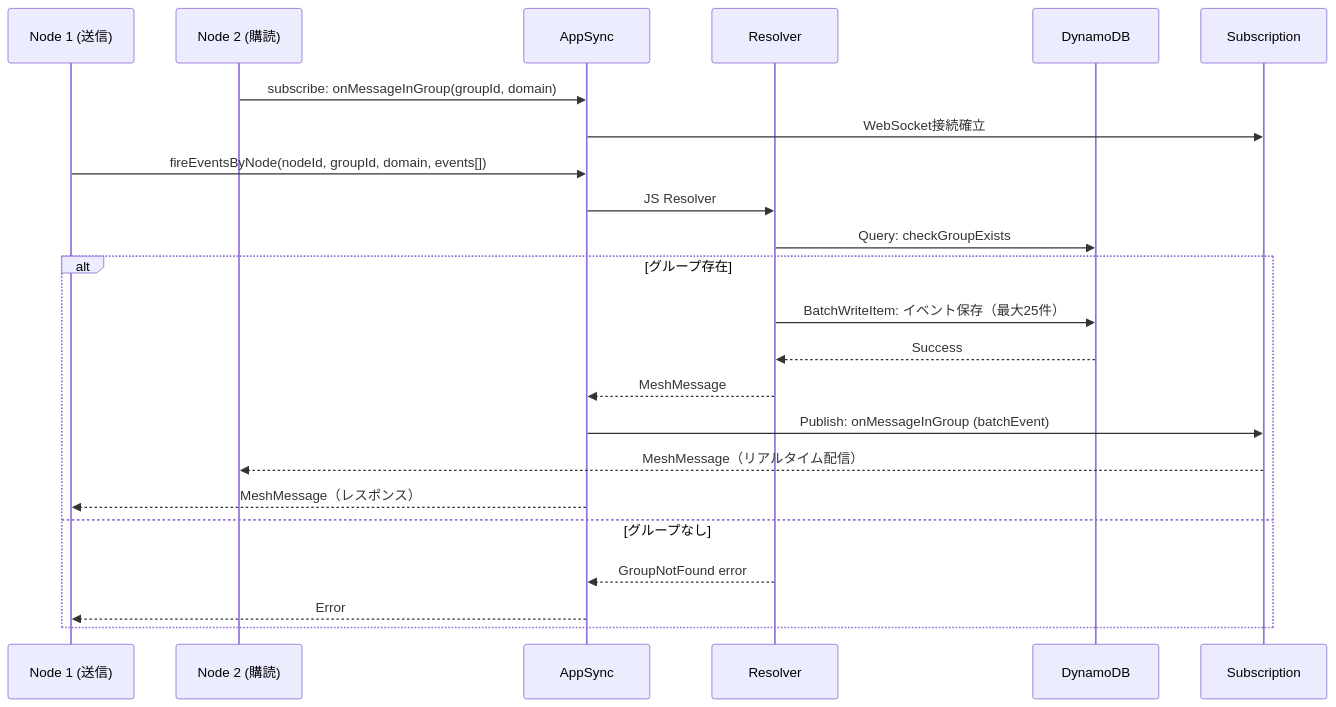
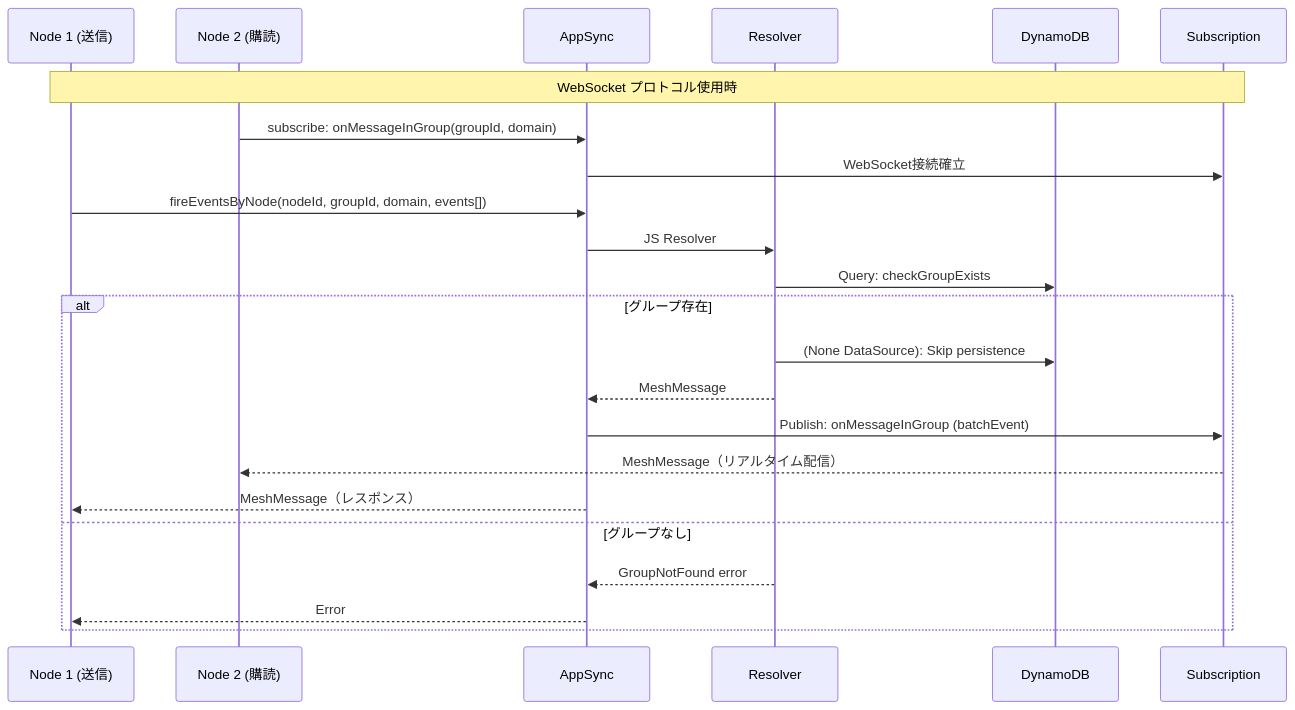
One commit to smalruby/mesh-v2 changed the fifth of 11 diagrams in docs/architecture.md. Above: the diagram before and after it, drawn with Mermaid. The commit also changed other lines of this file and 17 other files, not shown here.

````diff
--- a/docs/architecture.md
+++ b/docs/architecture.md
@@ -164,27 +164,28 @@
 ```mermaid
 sequenceDiagram
     participant Node1 as Node 1 (送信)
     participant Node2 as Node 2 (購読)
     participant AppSync
     participant Resolver
     participant DynamoDB
     participant Subscription
 
+    Note over Node1,Subscription: WebSocket プロトコル使用時
+
     Node2->>AppSync: subscribe: onMessageInGroup(groupId, domain)
     AppSync->>Subscription: WebSocket接続確立
 
     Node1->>AppSync: fireEventsByNode(nodeId, groupId, domain, events[])
     AppSync->>Resolver: JS Resolver
     Resolver->>DynamoDB: Query: checkGroupExists
     alt グループ存在
-        Resolver->>DynamoDB: BatchWriteItem: イベント保存（最大25件）
-        DynamoDB-->>Resolver: Success
+        Resolver->>DynamoDB: (None DataSource): Skip persistence
         Resolver-->>AppSync: MeshMessage
         AppSync->>Subscription: Publish: onMessageInGroup (batchEvent)
         Subscription-->>Node2: MeshMessage（リアルタイム配信）
         AppSync-->>Node1: MeshMessage（レスポンス）
     else グループなし
         Resolver-->>AppSync: GroupNotFound error
         AppSync-->>Node1: Error
     end
 ```
````
